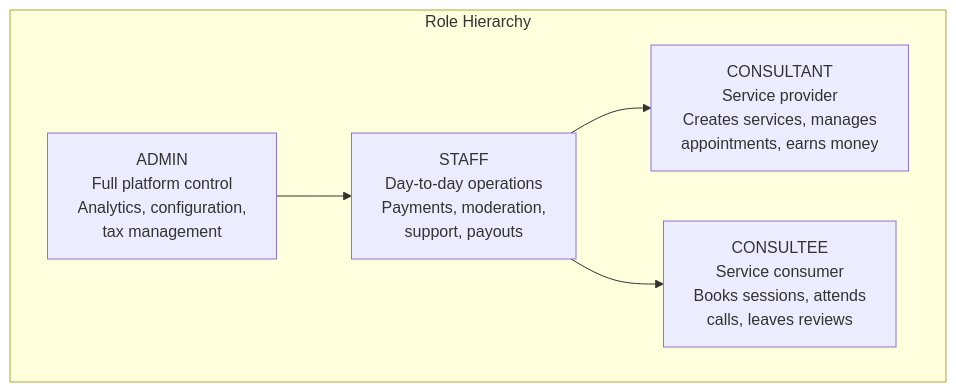
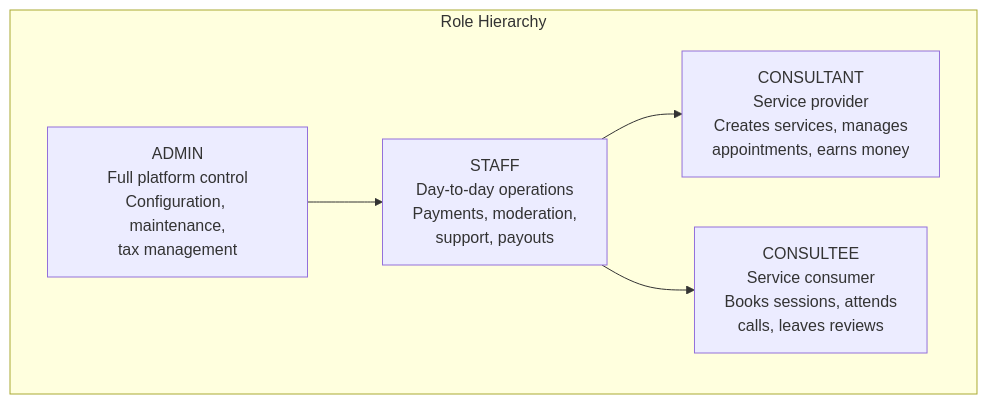
The second of 20 diagrams in docs/team/platform-testing-playbook.md (Practitionist/familiarise_web), drawn with Mermaid before and after one commit. The commit also changed other lines of this file and 11 other files, not shown here.

````diff
--- a/docs/team/platform-testing-playbook.md
+++ b/docs/team/platform-testing-playbook.md
@@ -77,13 +77,13 @@
 ```mermaid
 graph TB
     subgraph "Role Hierarchy"
-        ADMIN["ADMIN<br/>Full platform control<br/>Analytics, configuration,<br/>tax management"]
+        ADMIN["ADMIN<br/>Full platform control<br/>Configuration, maintenance,<br/>tax management"]
         STAFF["STAFF<br/>Day-to-day operations<br/>Payments, moderation,<br/>support, payouts"]
         CONSULTANT["CONSULTANT<br/>Service provider<br/>Creates services, manages<br/>appointments, earns money"]
         CONSULTEE["CONSULTEE<br/>Service consumer<br/>Books sessions, attends<br/>calls, leaves reviews"]
     end
 
     ADMIN --> STAFF
     STAFF --> CONSULTANT
     STAFF --> CONSULTEE
 ```
````
